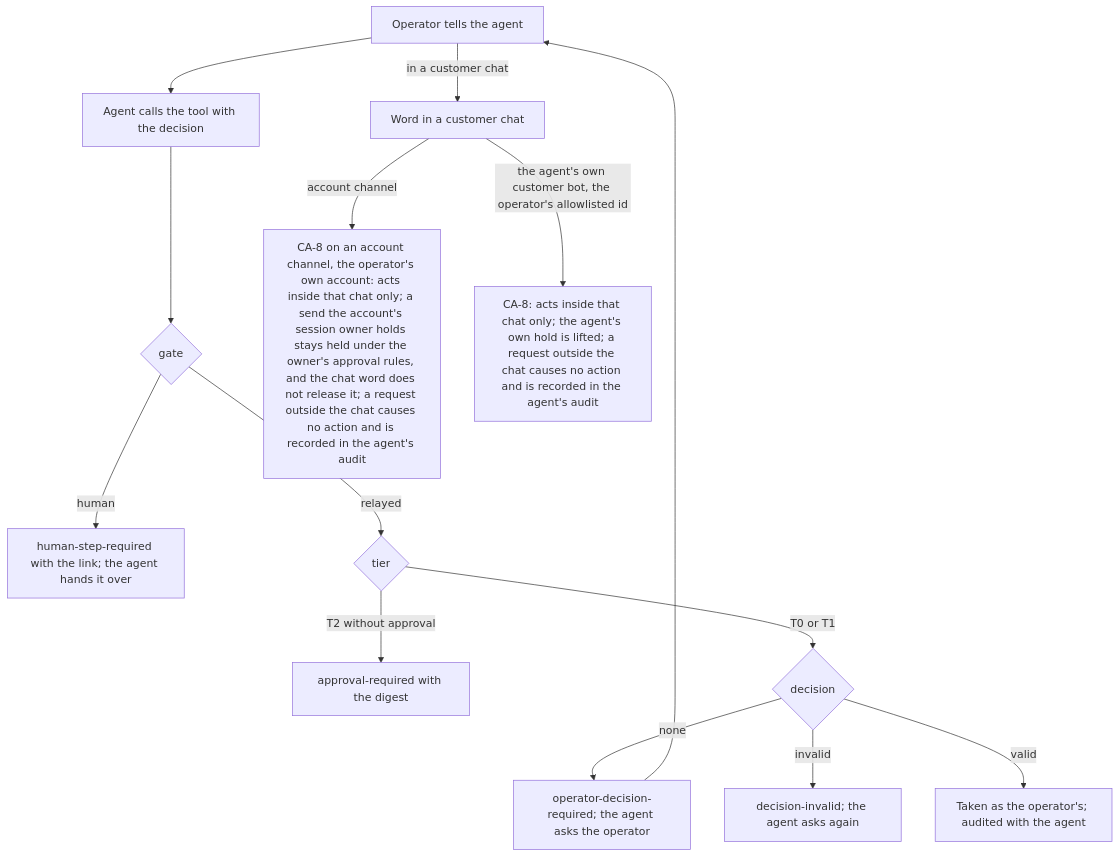
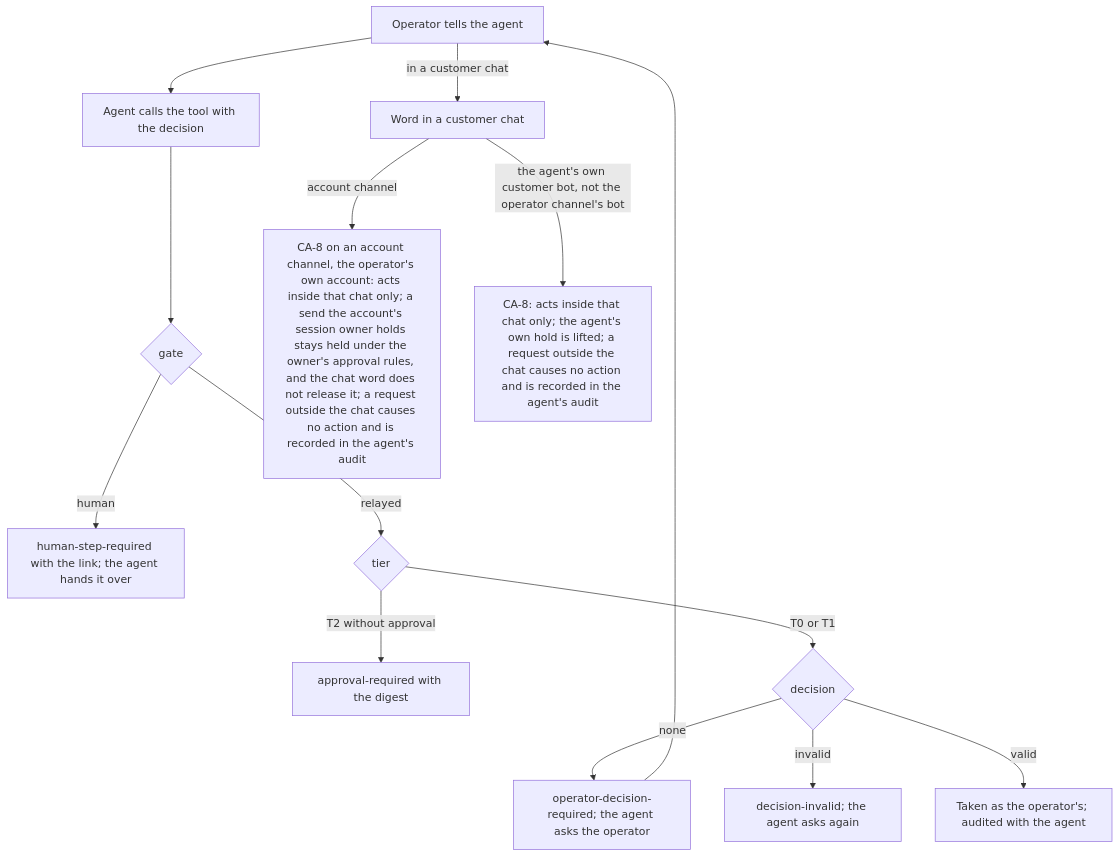
One commit to passioncode-ai/fabric-agent-contract changed diagram 29 of 34 in docs/ux/flows.md. Above: the diagram before and after it, drawn with Mermaid. The commit also changed 10 other files, not shown here.

````diff
--- a/docs/ux/flows.md
+++ b/docs/ux/flows.md
@@ -745,16 +745,16 @@
 ```mermaid
 flowchart TD
   O[Operator tells the agent] --> C[Agent calls the tool with the decision]
   C --> G{gate}
   G -->|human| H[human-step-required with the link; the agent hands it over]
   G -->|relayed| T{tier}
   T -->|T2 without approval| A[approval-required with the digest]
   T -->|T0 or T1| D{decision}
   D -->|none| Q[operator-decision-required; the agent asks the operator]
   Q --> O
   D -->|invalid| I[decision-invalid; the agent asks again]
   D -->|valid| R[Taken as the operator's; audited with the agent]
   O -->|in a customer chat| W[Word in a customer chat]
   W -->|account channel| K[CA-8 on an account channel, the operator's own account: acts inside that chat only; a send the account's session owner holds stays held under the owner's approval rules, and the chat word does not release it; a request outside the chat causes no action and is recorded in the agent's audit]
-  W -->|the agent's own customer bot, the operator's allowlisted id| B[CA-8: acts inside that chat only; the agent's own hold is lifted; a request outside the chat causes no action and is recorded in the agent's audit]
+  W -->|the agent's own customer bot, not the operator channel's bot| B[CA-8: acts inside that chat only; the agent's own hold is lifted; a request outside the chat causes no action and is recorded in the agent's audit]
 ```
````
